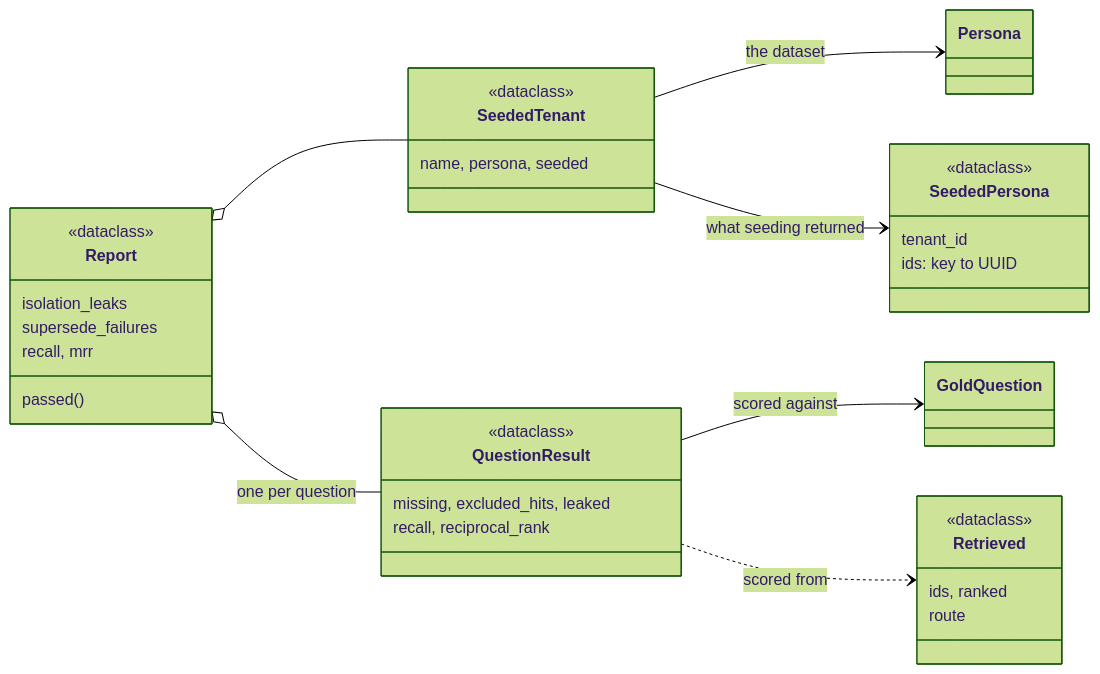
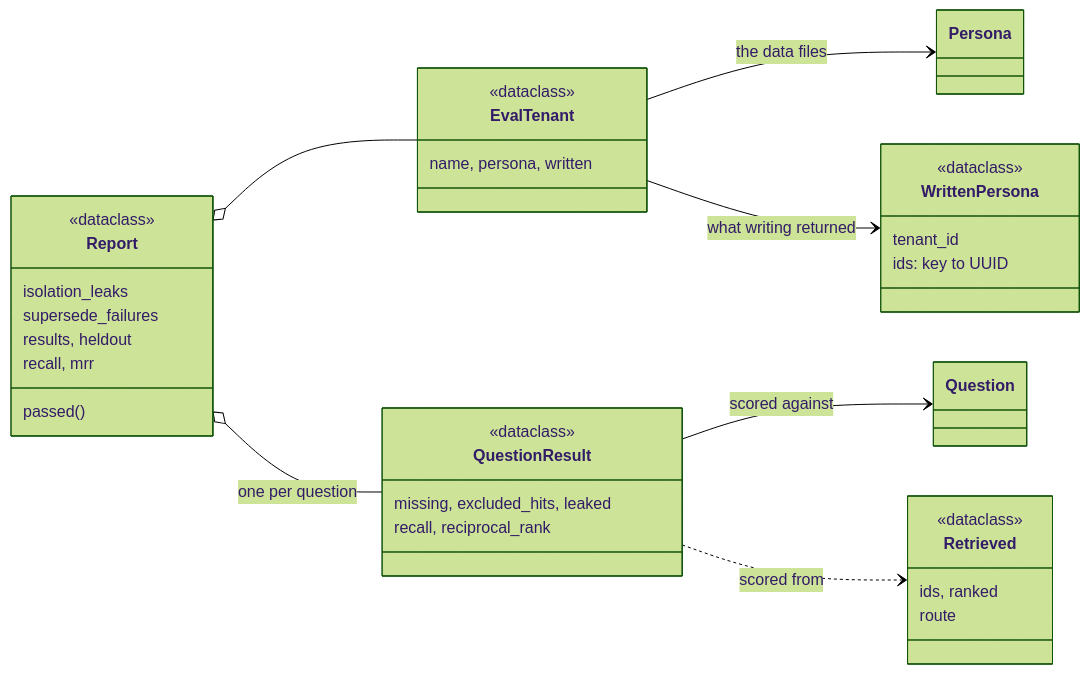
One commit to ZiadHendawy/mutable changed the eighth of 10 diagrams in README.md. Above: the diagram before and after it, drawn with Mermaid (forest theme). The commit also changed other lines of this file and 14 other files, not shown here.

````diff
--- a/README.md
+++ b/README.md
@@ -364,38 +364,39 @@
 ```mermaid
 classDiagram
     direction LR
 
-    class SeededPersona {
+    class WrittenPersona {
         <<dataclass>>
         tenant_id
         ids: key to UUID
     }
-    class SeededTenant {
+    class EvalTenant {
         <<dataclass>>
-        name, persona, seeded
+        name, persona, written
     }
     class Retrieved {
         <<dataclass>>
         ids, ranked
         route
     }
     class QuestionResult {
         <<dataclass>>
         missing, excluded_hits, leaked
         recall, reciprocal_rank
     }
     class Report {
         <<dataclass>>
         isolation_leaks
         supersede_failures
+        results, heldout
         recall, mrr
         passed()
     }
 
-    SeededTenant --> Persona : the dataset
-    SeededTenant --> SeededPersona : what seeding returned
-    Report o-- SeededTenant
+    EvalTenant --> Persona : the data files
+    EvalTenant --> WrittenPersona : what writing returned
+    Report o-- EvalTenant
     Report o-- QuestionResult : one per question
-    QuestionResult --> GoldQuestion : scored against
+    QuestionResult --> Question : scored against
     QuestionResult ..> Retrieved : scored from
 ```
````
